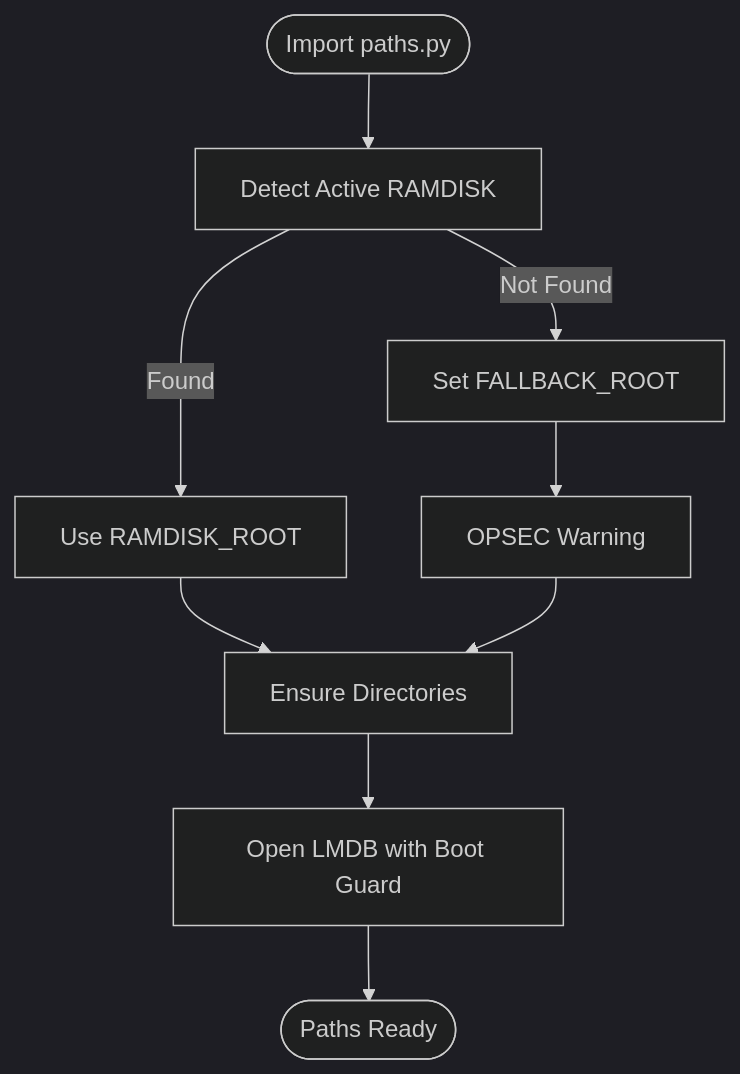
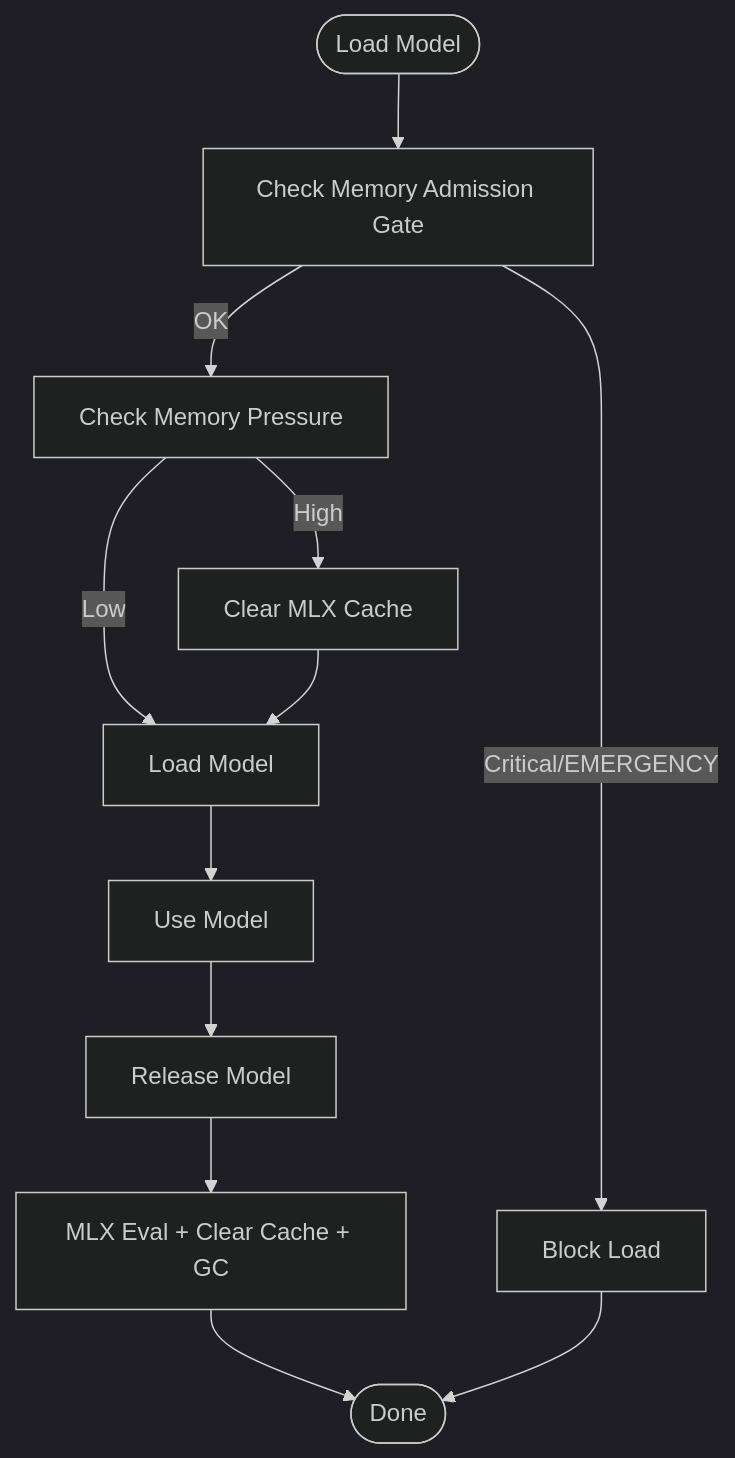
One commit to Hamulda/hledac-universal changed the seventh of 10 diagrams in .qoder/repowiki/en/content/Project Overview/Project Overview.md. Above: the diagram before and after it, drawn with Mermaid (dark theme). The commit also changed other lines of this file and 236 other files, not shown here.

````diff
--- a/.qoder/repowiki/en/content/Project Overview/Project Overview.md
+++ b/.qoder/repowiki/en/content/Project Overview/Project Overview.md
@@ -222,11 +334,14 @@
 ```mermaid
 flowchart TD
-Init(["Import paths.py"]) --> Detect["Detect Active RAMDISK"]
-Detect --> |Found| UseRAM["Use RAMDISK_ROOT"]
-Detect --> |Not Found| Fallback["Set FALLBACK_ROOT"]
-UseRAM --> Ensure["Ensure Directories"]
-Fallback --> Warn["OPSEC Warning"]
-Warn --> Ensure
-Ensure --> LMDB["Open LMDB with Boot Guard"]
-LMDB --> Ready(["Paths Ready"])
+Start(["Load Model"]) --> CheckGate["Check Memory Admission Gate"]
+CheckGate --> |Critical/EMERGENCY| Block["Block Load"]
+CheckGate --> |OK| Pressure["Check Memory Pressure"]
+Pressure --> |Low| Load["Load Model"]
+Pressure --> |High| Clear["Clear MLX Cache"]
+Clear --> Load
+Load --> Use["Use Model"]
+Use --> Release["Release Model"]
+Release --> Cleanup["MLX Eval + Clear Cache + GC"]
+Cleanup --> End(["Done"])
+Block --> End
 ```
````
